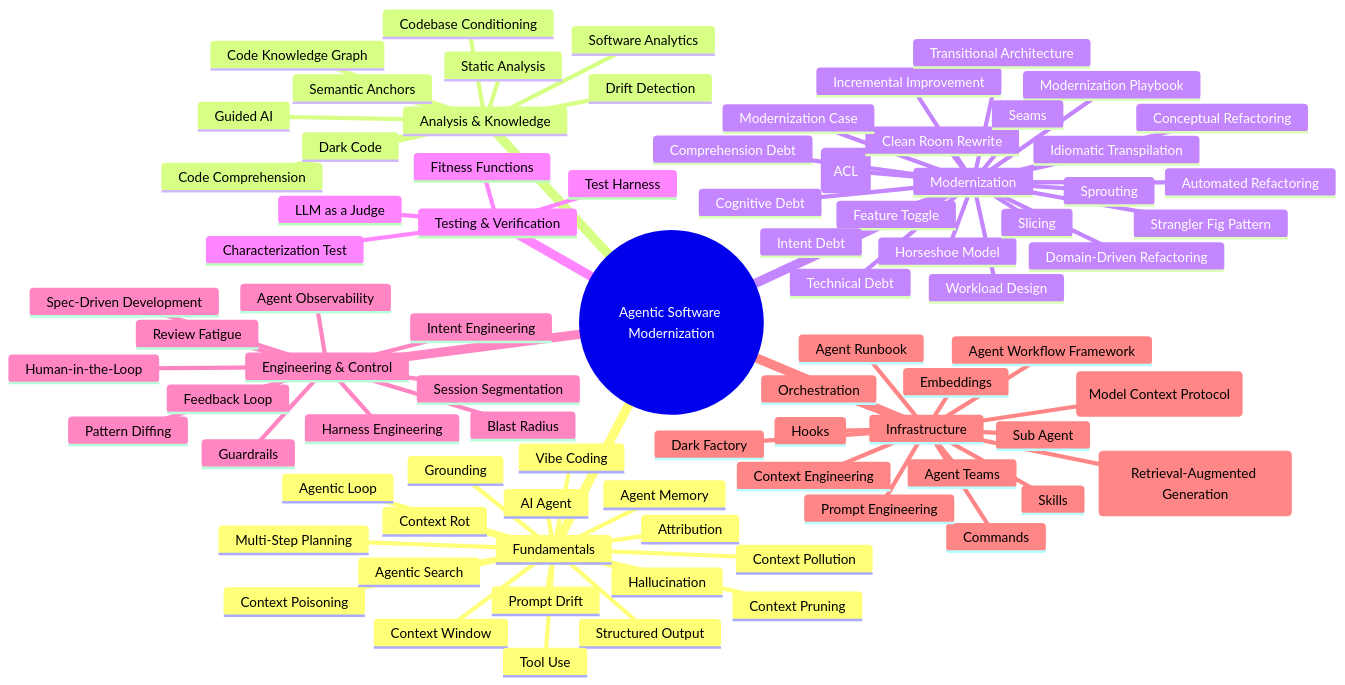
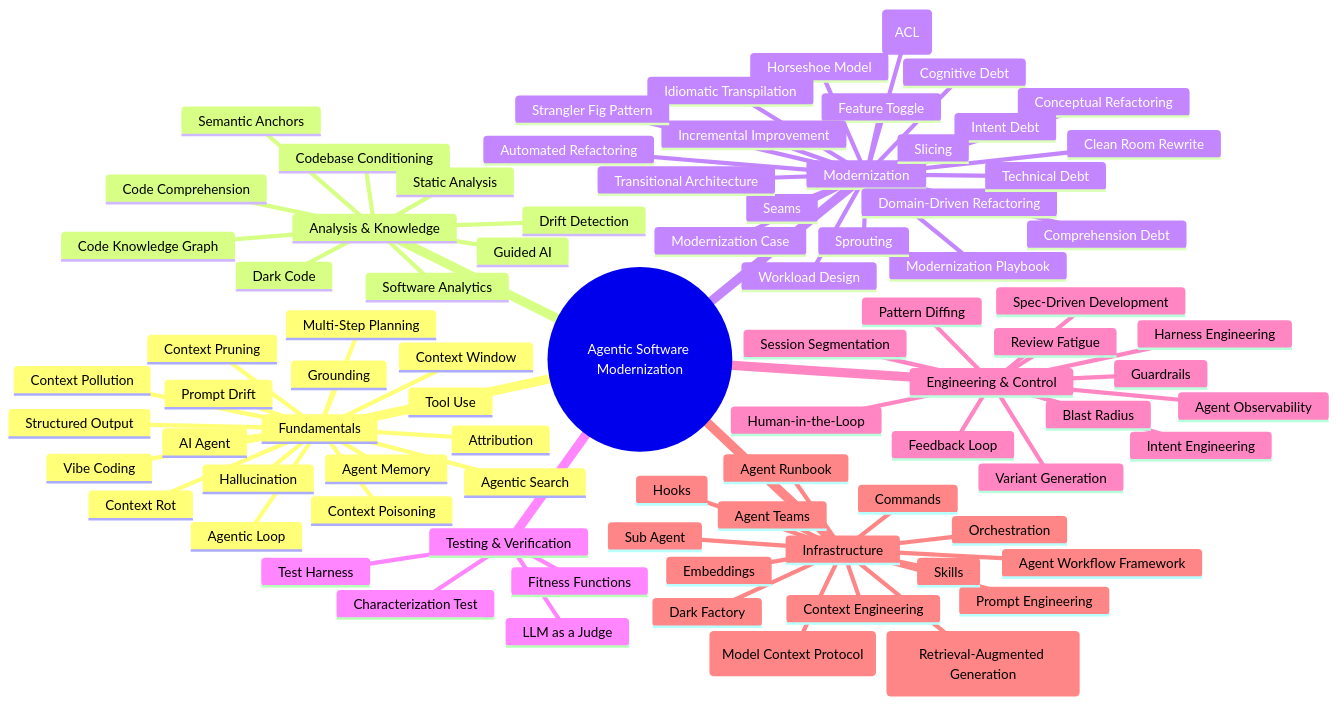
Before and after one commit to feststelltaste/asm-glossary: the sixth of 6 diagrams in docs/concept-maps.md, drawn with Mermaid. The commit also changed 11 other files, not shown here.

Commit message:
add variant generation

```diff
--- a/docs/concept-maps.md
+++ b/docs/concept-maps.md
@@ -249,6 +249,7 @@
       Review Fatigue
       Session Segmentation
       Spec-Driven Development
+      Variant Generation
     Infrastructure
       Agent Runbook
       Agent Teams
```
